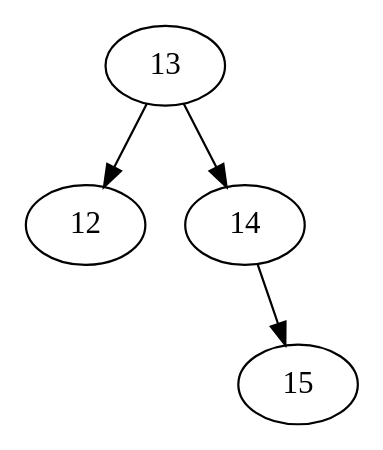
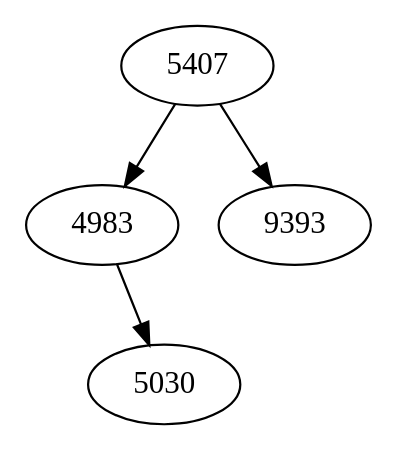
Before and after one commit to CarmenMarroquin/FASE2_EDD_VJ1S2023_PY_202001132: the diagram in ProyectoFinal/Backend/Reporte/arbolAVL.dot, drawn with Graphviz. The commit also changed 23 other files, not shown here.

```diff
--- a/ProyectoFinal/Backend/Reporte/arbolAVL.dot
+++ b/ProyectoFinal/Backend/Reporte/arbolAVL.dot
@@ -1,1 +1,1 @@
-digraph arbol{ "13" ; x1 [label="",width=.1,style=invis];"13" -> "12" ;"13" -> "14" ; x2 [label="",width=.1,style=invis];"14" -> x2[style=invis]; "14" -> "15" ;{rank=same x2 -> "15" [style=invis]}; {rank=same"12" -> "14" [style=invis]}; }
+digraph arbol{ "5407" ; x1 [label="",width=.1,style=invis];"5407" -> "4983" ; x2 [label="",width=.1,style=invis];"4983" -> x2[style=invis]; "4983" -> "5030" ;{rank=same x2 -> "5030" [style=invis]}; "5407" -> "9393" ;{rank=same"4983" -> "9393" [style=invis]}; }
```
